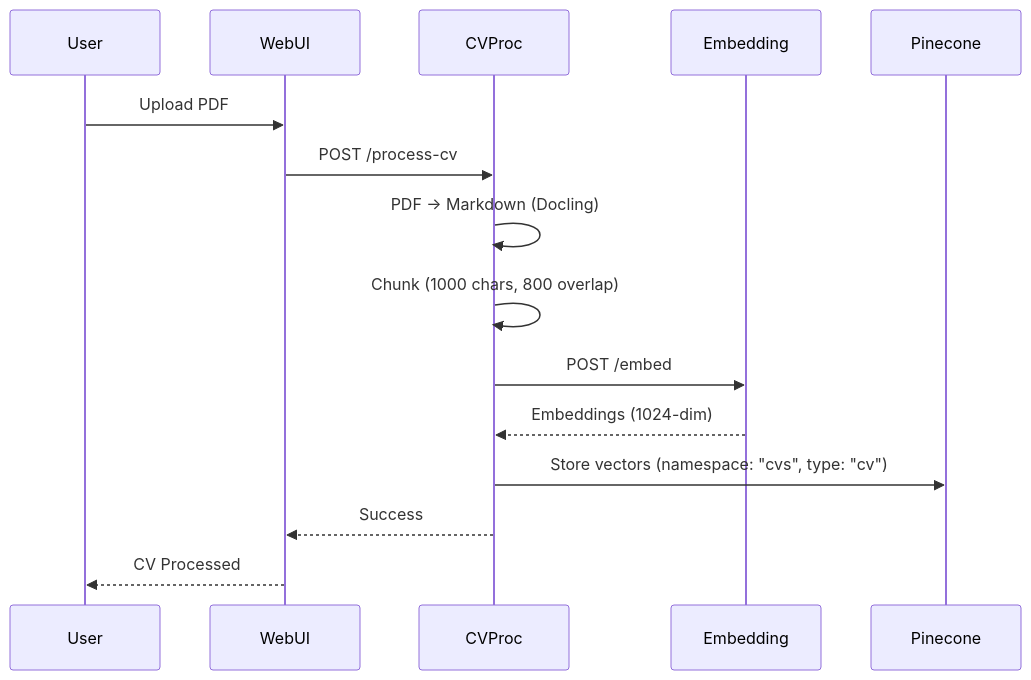
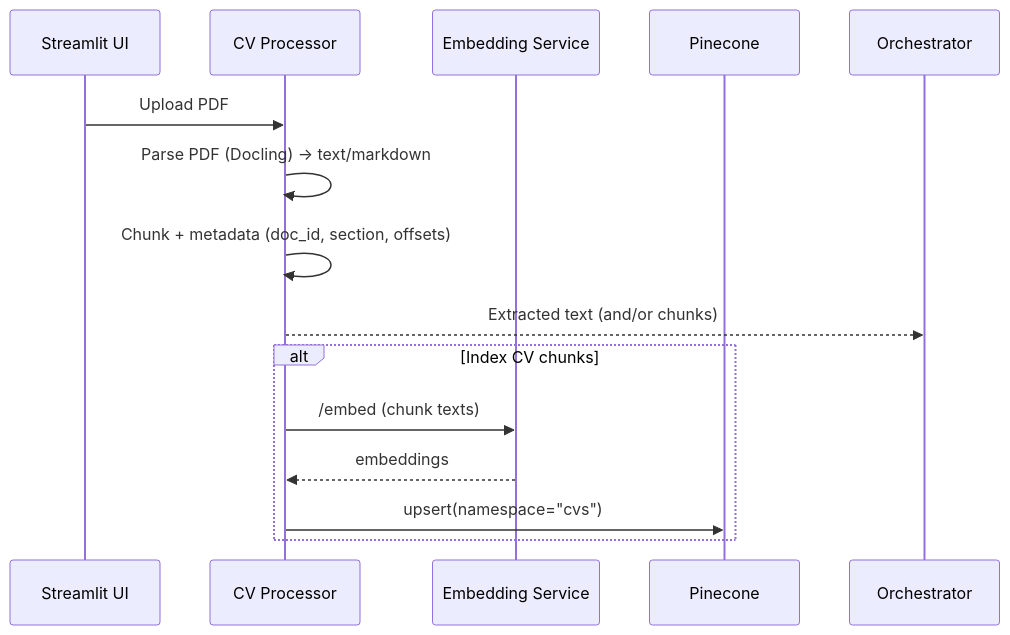
The second of 3 diagrams in docs/architecture.md (kkonst-bond-edu/funds-search), drawn with Mermaid before and after one commit. The commit also changed other lines of this file and 11 other files, not shown here.

````diff
--- a/docs/architecture.md
+++ b/docs/architecture.md
@@ -44,18 +77,19 @@
 ```mermaid
 sequenceDiagram
-    participant User
-    participant WebUI
-    participant CVProc
-    participant Embedding
-    participant Pinecone
-    
-    User->>WebUI: Upload PDF
-    WebUI->>CVProc: POST /process-cv
-    CVProc->>CVProc: PDF → Markdown (Docling)
-    CVProc->>CVProc: Chunk (1000 chars, 800 overlap)
-    CVProc->>Embedding: POST /embed
-    Embedding-->>CVProc: Embeddings (1024-dim)
-    CVProc->>Pinecone: Store vectors (namespace: "cvs", type: "cv")
-    CVProc-->>WebUI: Success
-    WebUI-->>User: CV Processed
+    participant UI as Streamlit UI
+    participant CV as CV Processor
+    participant EMB as Embedding Service
+    participant PC as Pinecone
+    participant ORC as Orchestrator
+
+    UI->>CV: Upload PDF
+    CV->>CV: Parse PDF (Docling) → text/markdown
+    CV->>CV: Chunk + metadata (doc_id, section, offsets)
+    CV-->>ORC: Extracted text (and/or chunks)
+
+    alt Index CV chunks
+        CV->>EMB: /embed (chunk texts)
+        EMB-->>CV: embeddings
+        CV->>PC: upsert(namespace="cvs")
+    end
 ```
````
